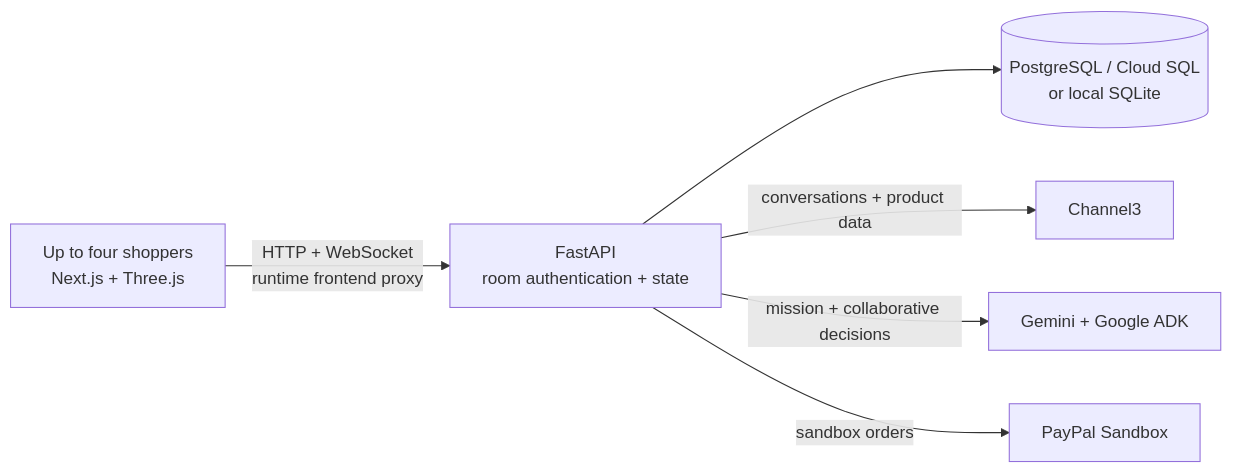
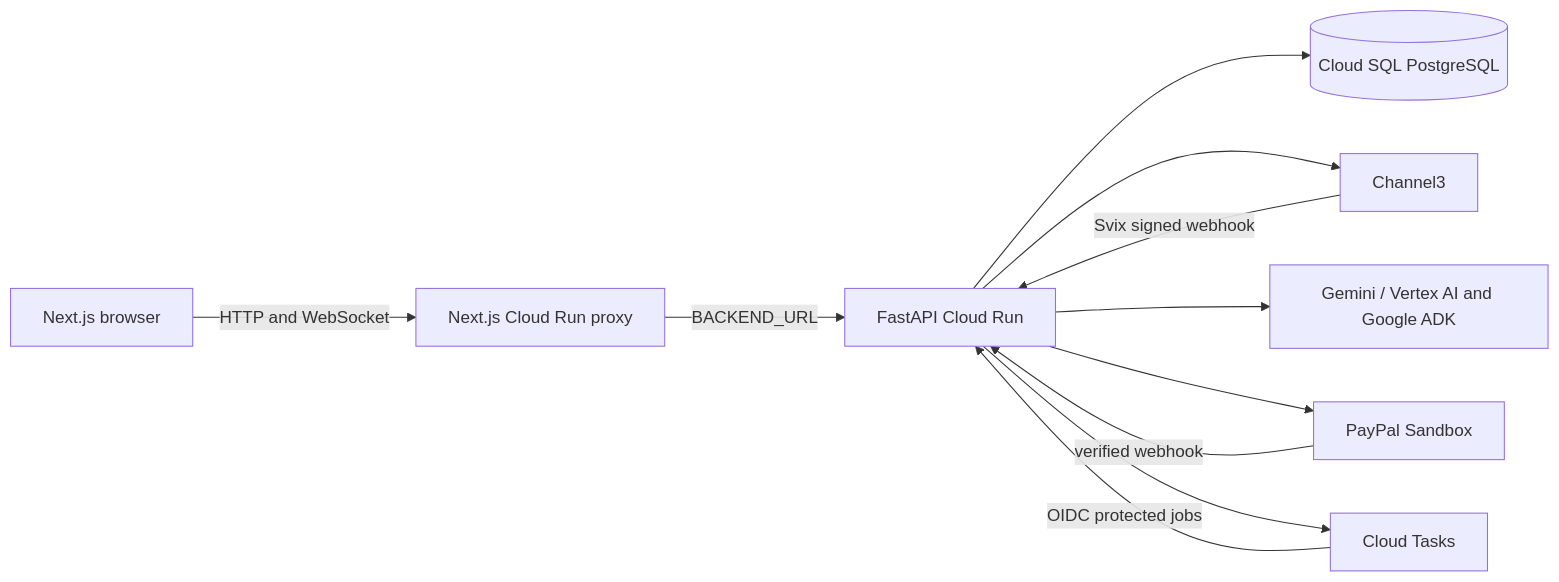
The diagram in README.md (appinikrishnachaitanya/ShopSide), drawn with Mermaid before and after one commit. The commit also changed other lines of this file and 1 other file, not shown here.

````diff
--- a/README.md
+++ b/README.md
@@ -40,8 +31,13 @@
 ```mermaid
 flowchart LR
-    A[Up to four shoppers<br/>Next.js + Three.js] -->|HTTP + WebSocket<br/>runtime frontend proxy| B[FastAPI<br/>room authentication + state]
-    B --> C[(PostgreSQL / Cloud SQL<br/>or local SQLite)]
-    B -->|conversations + product data| D[Channel3]
-    B -->|mission + collaborative decisions| E[Gemini + Google ADK]
-    B -->|sandbox orders| F[PayPal Sandbox]
+  Browser[Next.js browser] -->|HTTP and WebSocket| Frontend[Next.js Cloud Run proxy]
+  Frontend -->|BACKEND_URL| API[FastAPI Cloud Run]
+  API --> DB[(Cloud SQL PostgreSQL)]
+  API --> C3[Channel3]
+  API --> AI[Gemini / Vertex AI and Google ADK]
+  API --> PP[PayPal Sandbox]
+  C3 -->|Svix signed webhook| API
+  PP -->|verified webhook| API
+  API --> Tasks[Cloud Tasks]
+  Tasks -->|OIDC protected jobs| API
 ```
````
